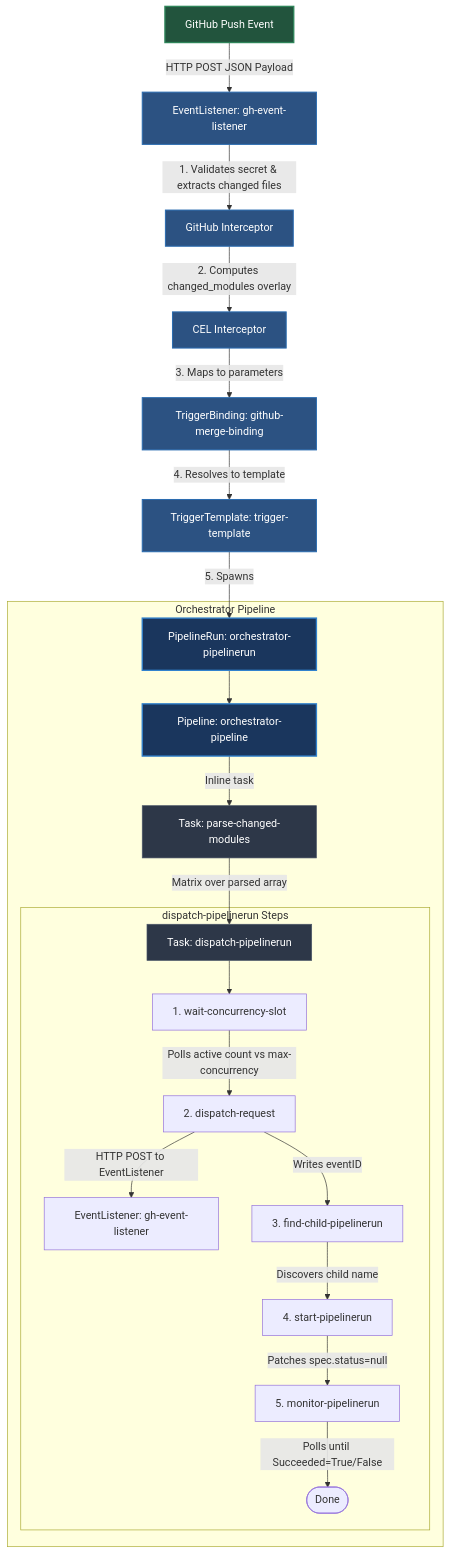
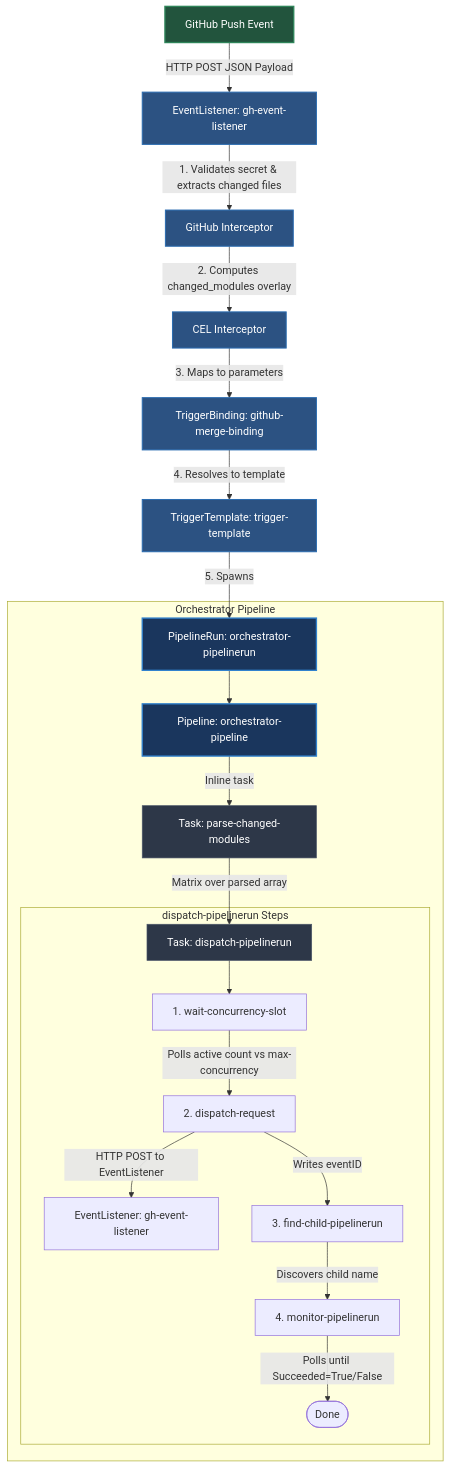
One commit to khanhcmlab/saritasa-devops-build-samples changed the first of 2 diagrams in tekton-platform/README.md. Above: the diagram before and after it, drawn with Mermaid. The commit also changed other lines of this file and 3 other files, not shown here.

Commit message:
fix: update the way to run child pipelinerun

````diff
--- a/tekton-platform/README.md
+++ b/tekton-platform/README.md
@@ -32,40 +32,39 @@
 ```mermaid
 flowchart TD
     %% Input / Events
     GitHub[GitHub Push Event] -->|HTTP POST JSON Payload|EL[EventListener: gh-event-listener]
 
     %% Webhook Triggers Processing
     EL -->|1. Validates secret & extracts changed files| GH_Int[GitHub Interceptor]
     GH_Int -->|2. Computes changed_modules overlay| CEL_Int[CEL Interceptor]
     CEL_Int -->|3. Maps to parameters| Bind1[TriggerBinding: github-merge-binding]
     Bind1 -->|4. Resolves to template| Temp1[TriggerTemplate: trigger-template]
     Temp1 -->|5. Spawns| PR1[PipelineRun: orchestrator-pipelinerun]
 
     %% Orchestrator Pipeline
     subgraph Orchestrator Pipeline
         PR1 --> Pipe1[Pipeline: orchestrator-pipeline]
         Pipe1 -->|Inline task| ParseModules[Task: parse-changed-modules]
         ParseModules -->|Matrix over parsed array| Task_Dispatch[Task: dispatch-pipelinerun]
 
         subgraph dispatch-pipelinerun Steps
             Task_Dispatch --> WaitSlot[1. wait-concurrency-slot]
             WaitSlot -->|Polls active count vs max-concurrency| DispReq[2. dispatch-request]
             DispReq -->|HTTP POST to EventListener| EL_Child[EventListener: gh-event-listener]
             DispReq -->|Writes eventID| FindChild[3. find-child-pipelinerun]
-            FindChild -->|Discovers child name| StartChild[4. start-pipelinerun]
-            StartChild -->|Patches spec.status=null| MonitorChild[5. monitor-pipelinerun]
+            FindChild -->|Discovers child name| MonitorChild[4. monitor-pipelinerun]
             MonitorChild -->|Polls until Succeeded=True/False| End([Done])
         end
     end
 
     %% Styling
     classDef pipeline fill:#1A365D,stroke:#3182CE,stroke-width:2px,color:#fff
     classDef task fill:#2D3748,stroke:#4A5568,stroke-width:1px,color:#fff
     classDef trigger fill:#2C5282,stroke:#2B6CB0,stroke-width:1.5px,color:#fff
     classDef input fill:#22543D,stroke:#2F855A,stroke-width:2px,color:#fff
 
     class PR1,Pipe1 pipeline
     class Task_Dispatch,ParseModules task
     class EL,GH_Int,CEL_Int,Bind1,Temp1 trigger
     class GitHub,Webhook input
 ```
````
